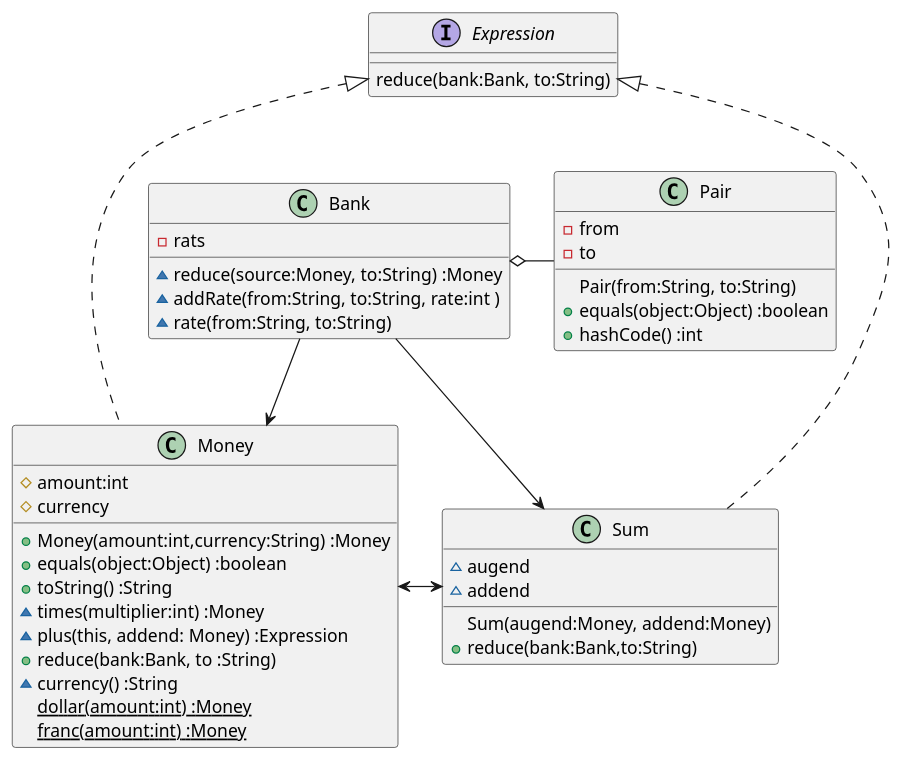
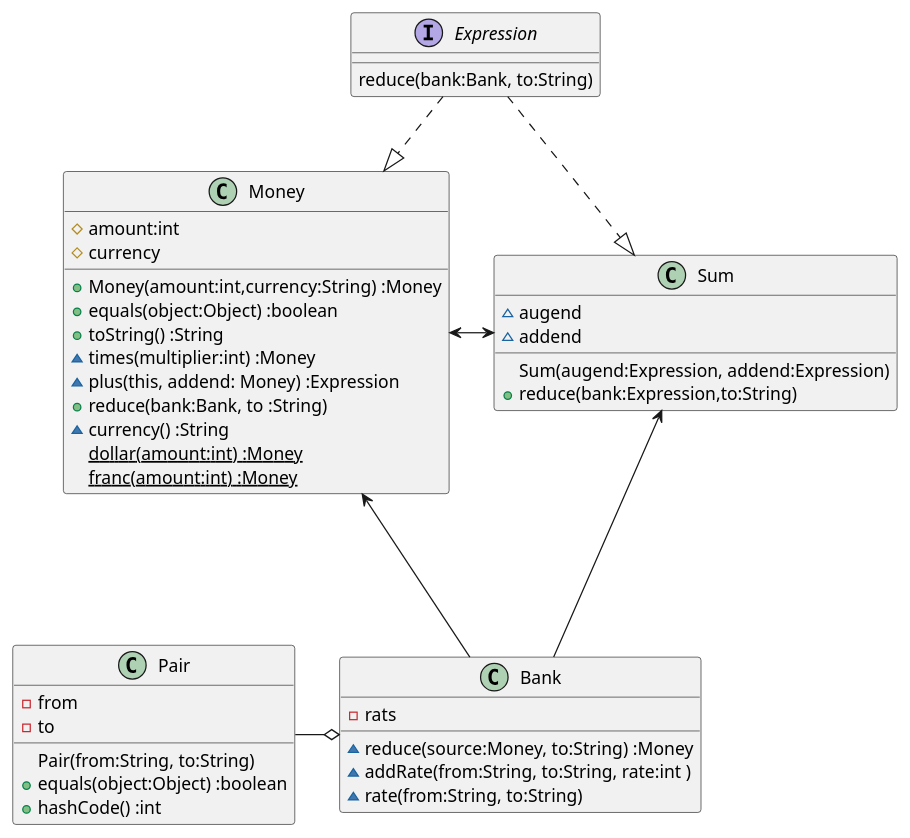
One commit to k2works/etude_for_java changed the first of 2 diagrams in docs/src/TDD.md. Above: the diagram before and after it, drawn with PlantUML. The commit also changed other lines of this file and 6 other files, not shown here.

````diff
--- a/docs/src/TDD.md
+++ b/docs/src/TDD.md
@@ -51,43 +51,43 @@
 ```puml
 interface Expression {
   reduce(bank:Bank, to:String)
 }
 class Money {
   #amount:int
   #currency  
   +Money(amount:int,currency:String) :Money
   +equals(object:Object) :boolean  
   +toString() :String
   ~times(multiplier:int) :Money
   ~plus(this, addend: Money) :Expression
   +reduce(bank:Bank, to :String)      
   ~currency() :String
   {static} dollar(amount:int) :Money
   {static} franc(amount:int) :Money  
 }
 class Bank {
   -rats
   ~reduce(source:Money, to:String) :Money
   ~addRate(from:String, to:String, rate:int )
   ~rate(from:String, to:String)
 }
 class Sum {
   ~augend
   ~addend
-  Sum(augend:Money, addend:Money)
-  +reduce(bank:Bank,to:String)
+  Sum(augend:Expression, addend:Expression)
+  +reduce(bank:Expression,to:String)
 }
 class Pair {
   -from
   -to
   Pair(from:String, to:String)
   +equals(object:Object) :boolean
   +hashCode() :int
 }
-Expression <|... Money
-Expression <|... Sum
+Expression ..|> Money
+Expression ..|> Sum
 Money <-> Sum
-Bank --> Sum
-Bank --> Money
-Bank o- Pair
+Sum <--- Bank
+Money <--- Bank
+Bank o-l Pair
 ```
````
